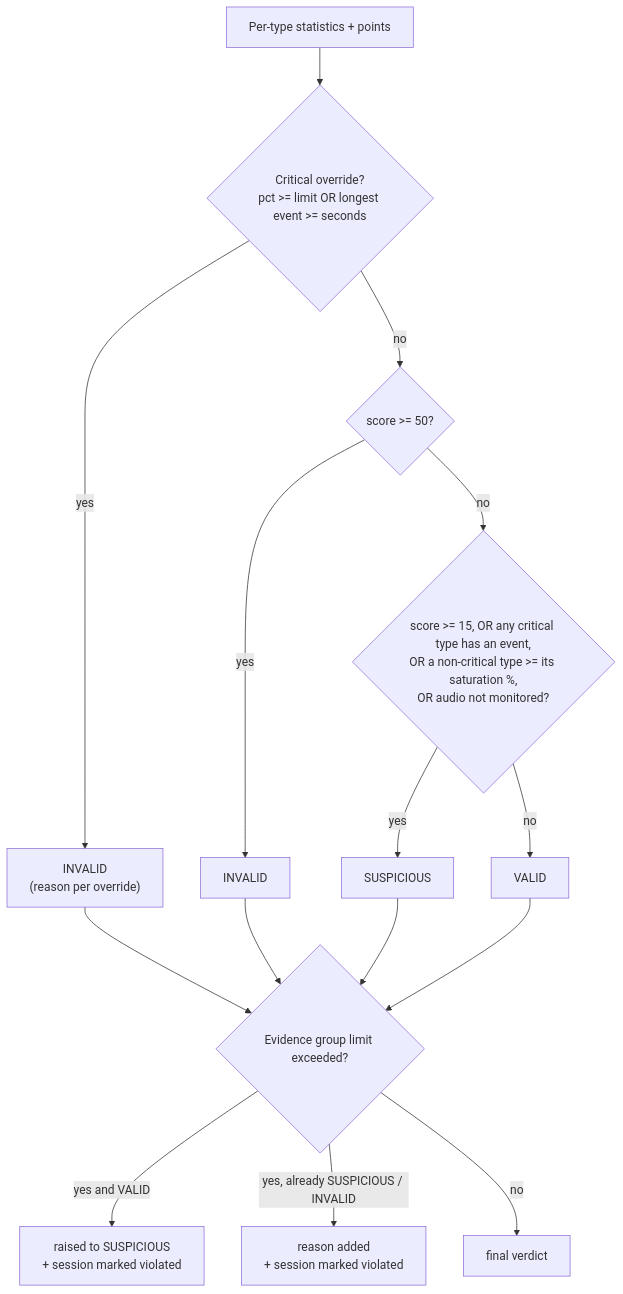
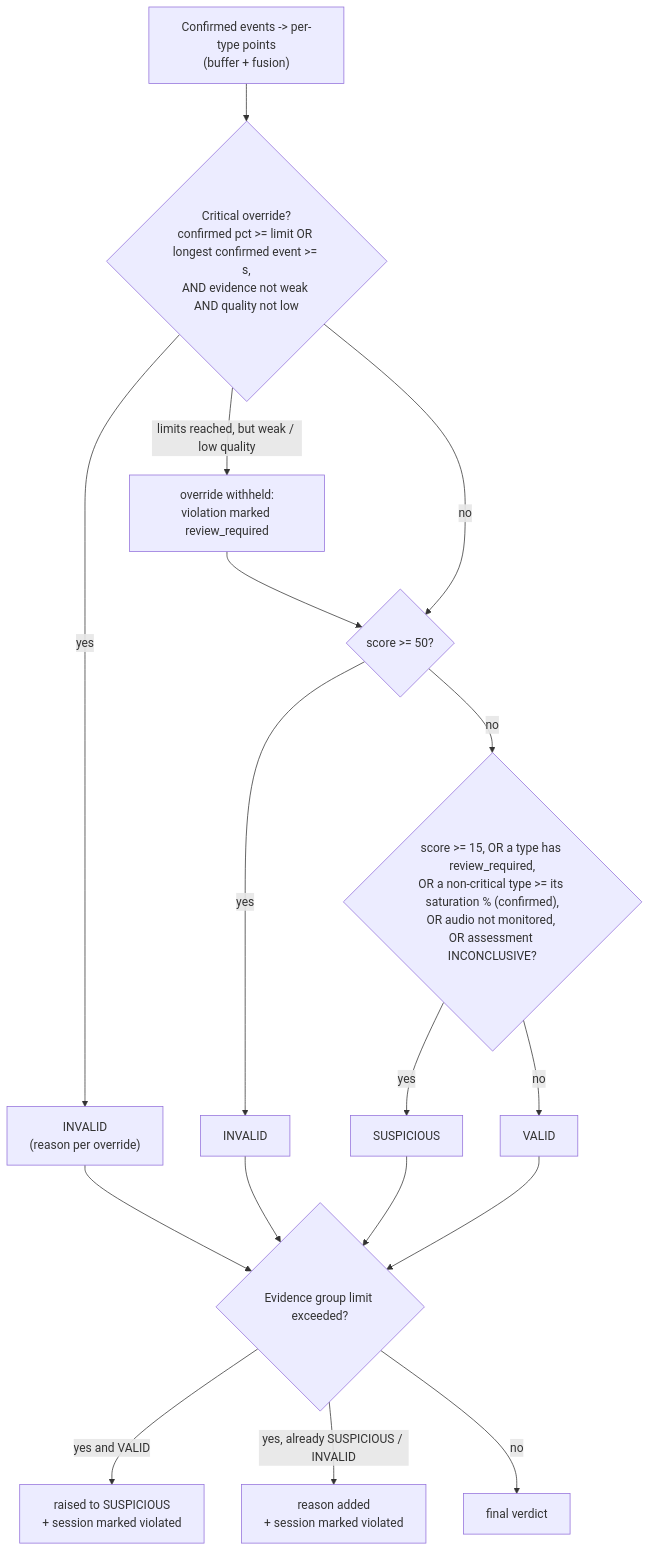
The third of 8 diagrams in README.md (Cleancode16/major-project-online-proctoring), drawn with Mermaid before and after one commit. The commit also changed other lines of this file, not shown here.

````diff
--- a/README.md
+++ b/README.md
@@ -634,17 +643,18 @@
 ```mermaid
 flowchart TD
-    S["Per-type statistics + points"] --> C{"Critical override?<br/>pct >= limit OR longest event >= seconds"}
+    S["Confirmed events -> per-type points<br/>(buffer + fusion)"] --> C{"Critical override?<br/>confirmed pct >= limit OR longest confirmed event >= s,<br/>AND evidence not weak AND quality not low"}
     C -- "yes" --> INV["INVALID<br/>(reason per override)"]
+    C -- "limits reached, but weak / low quality" --> RV["override withheld:<br/>violation marked review_required"] --> SC
     C -- "no" --> SC{"score >= 50?"}
     SC -- "yes" --> INV2["INVALID"]
-    SC -- "no" --> R{"score >= 15, OR any critical type has an event,<br/>OR a non-critical type >= its saturation %,<br/>OR audio not monitored?"}
+    SC -- "no" --> R{"score >= 15, OR a type has review_required,<br/>OR a non-critical type >= its saturation % (confirmed),<br/>OR audio not monitored, OR assessment INCONCLUSIVE?"}
     R -- "yes" --> SUS["SUSPICIOUS"]
     R -- "no" --> VAL["VALID"]
     INV --> EV{"Evidence group limit exceeded?"}
     INV2 --> EV
     SUS --> EV
     VAL --> EV
     EV -- "yes and VALID" --> SUS2["raised to SUSPICIOUS<br/>+ session marked violated"]
     EV -- "yes, already SUSPICIOUS / INVALID" --> ADD["reason added<br/>+ session marked violated"]
     EV -- "no" --> DONE["final verdict"]
 ```
````
